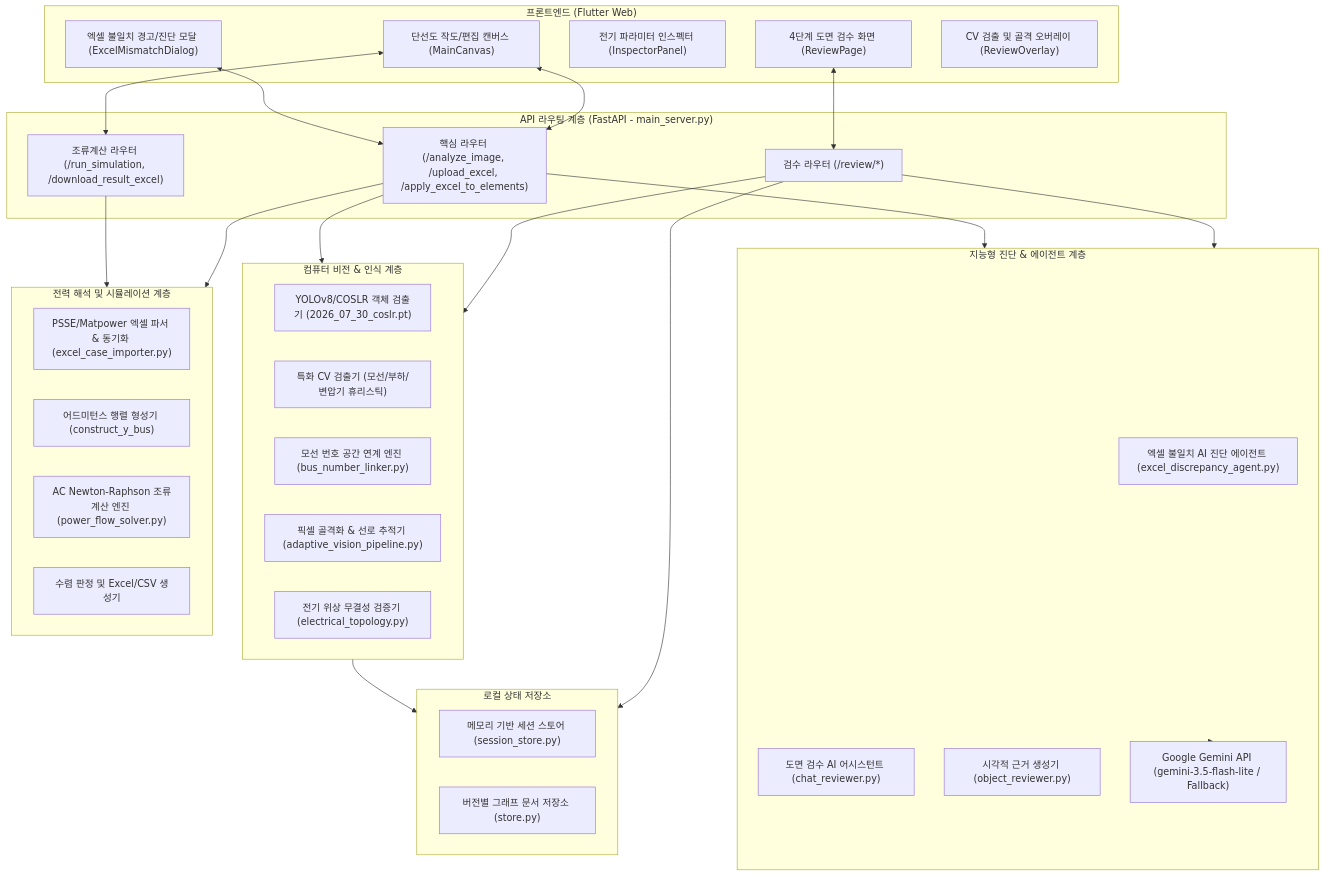
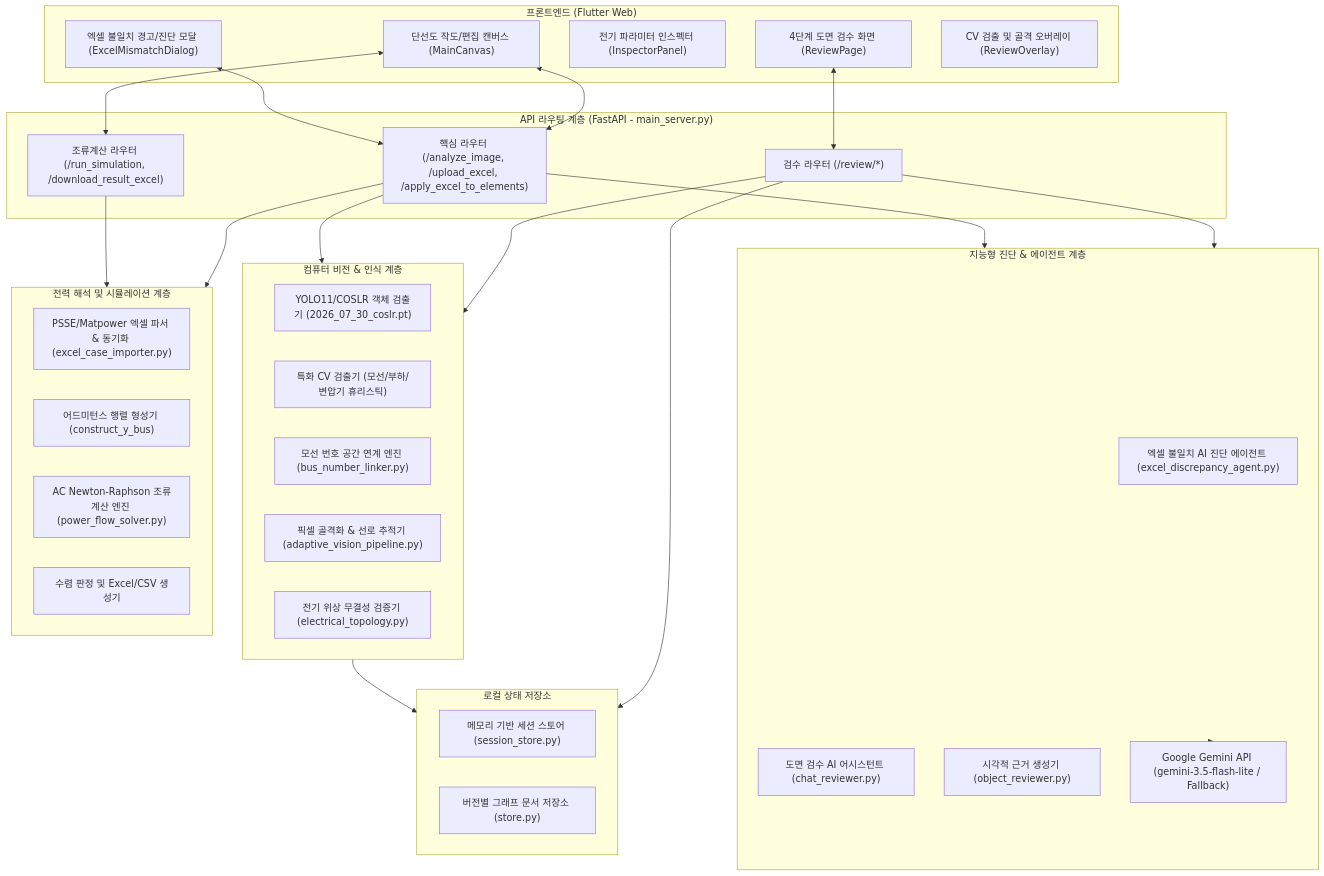
One commit to dptjddl285-ship-it/Powerflow-calculator changed the first of 2 diagrams in docs/SYSTEM_ARCHITECTURE_AND_TECHNICAL_DOCS.md. Above: the diagram before and after it, drawn with Mermaid. The commit also changed 5 other files, not shown here.

````diff
--- a/docs/SYSTEM_ARCHITECTURE_AND_TECHNICAL_DOCS.md
+++ b/docs/SYSTEM_ARCHITECTURE_AND_TECHNICAL_DOCS.md
@@ -22,62 +22,62 @@
 ```mermaid
 graph TB
     subgraph Client["프론트엔드 (Flutter Web)"]
         UI_Review["4단계 도면 검수 화면 (ReviewPage)"]
         UI_Canvas["단선도 작도/편집 캔버스 (MainCanvas)"]
         UI_Inspector["전기 파라미터 인스펙터 (InspectorPanel)"]
         UI_Mismatch["엑셀 불일치 경고/진단 모달 (ExcelMismatchDialog)"]
         UI_Overlay["CV 검출 및 골격 오버레이 (ReviewOverlay)"]
     end
 
     subgraph API_Gateway["API 라우팅 계층 (FastAPI - main_server.py)"]
         R_Staged["검수 라우터 (/review/*)"]
         R_Core["핵심 라우터 (/analyze_image, /upload_excel, /apply_excel_to_elements)"]
         R_Solver["조류계산 라우터 (/run_simulation, /download_result_excel)"]
     end
 
     subgraph CV_Engine["컴퓨터 비전 & 인식 계층"]
-        YOLO["YOLOv8/COSLR 객체 검출기 (2026_07_30_coslr.pt)"]
+        YOLO["YOLO11/COSLR 객체 검출기 (2026_07_30_coslr.pt)"]
         CV_Rule["특화 CV 검출기 (모선/부하/변압기 휴리스틱)"]
         OCR_Linker["모선 번호 공간 연계 엔진 (bus_number_linker.py)"]
         Skeleton["픽셀 골격화 & 선로 추적기 (adaptive_vision_pipeline.py)"]
         Topology["전기 위상 무결성 검증기 (electrical_topology.py)"]
     end
 
     subgraph AI_Agent["지능형 진단 & 에이전트 계층"]
         Agent_Diag["엑셀 불일치 AI 진단 에이전트 (excel_discrepancy_agent.py)"]
         Agent_Chat["도면 검수 AI 어시스턴트 (chat_reviewer.py)"]
         Agent_Evidence["시각적 근거 생성기 (object_reviewer.py)"]
         LLM["Google Gemini API (gemini-3.5-flash-lite / Fallback)"]
     end
 
     subgraph Power_Engine["전력 해석 및 시뮬레이션 계층"]
         Excel_Parser["PSSE/Matpower 엑셀 파서 & 동기화 (excel_case_importer.py)"]
         Y_Bus["어드미턴스 행렬 형성기 (construct_y_bus)"]
         NR_Solver["AC Newton-Raphson 조류계산 엔진 (power_flow_solver.py)"]
         Result_Gen["수렴 판정 및 Excel/CSV 생성기"]
     end
 
     subgraph Storage["로컬 상태 저장소"]
         Session_Store["메모리 기반 세션 스토어 (session_store.py)"]
         Review_Store["버전별 그래프 문서 저장소 (store.py)"]
     end
 
     %% 연결 관계
     UI_Review <--> R_Staged
     UI_Canvas <--> R_Core
     UI_Canvas <--> R_Solver
     UI_Mismatch <--> R_Core
 
     R_Staged --> CV_Engine
     R_Staged --> AI_Agent
     R_Staged --> Storage
 
     R_Core --> CV_Engine
     R_Core --> Power_Engine
     R_Core --> AI_Agent
 
     R_Solver --> Power_Engine
 
     AI_Agent -.-> LLM
     CV_Engine --> Storage
 ```
````
